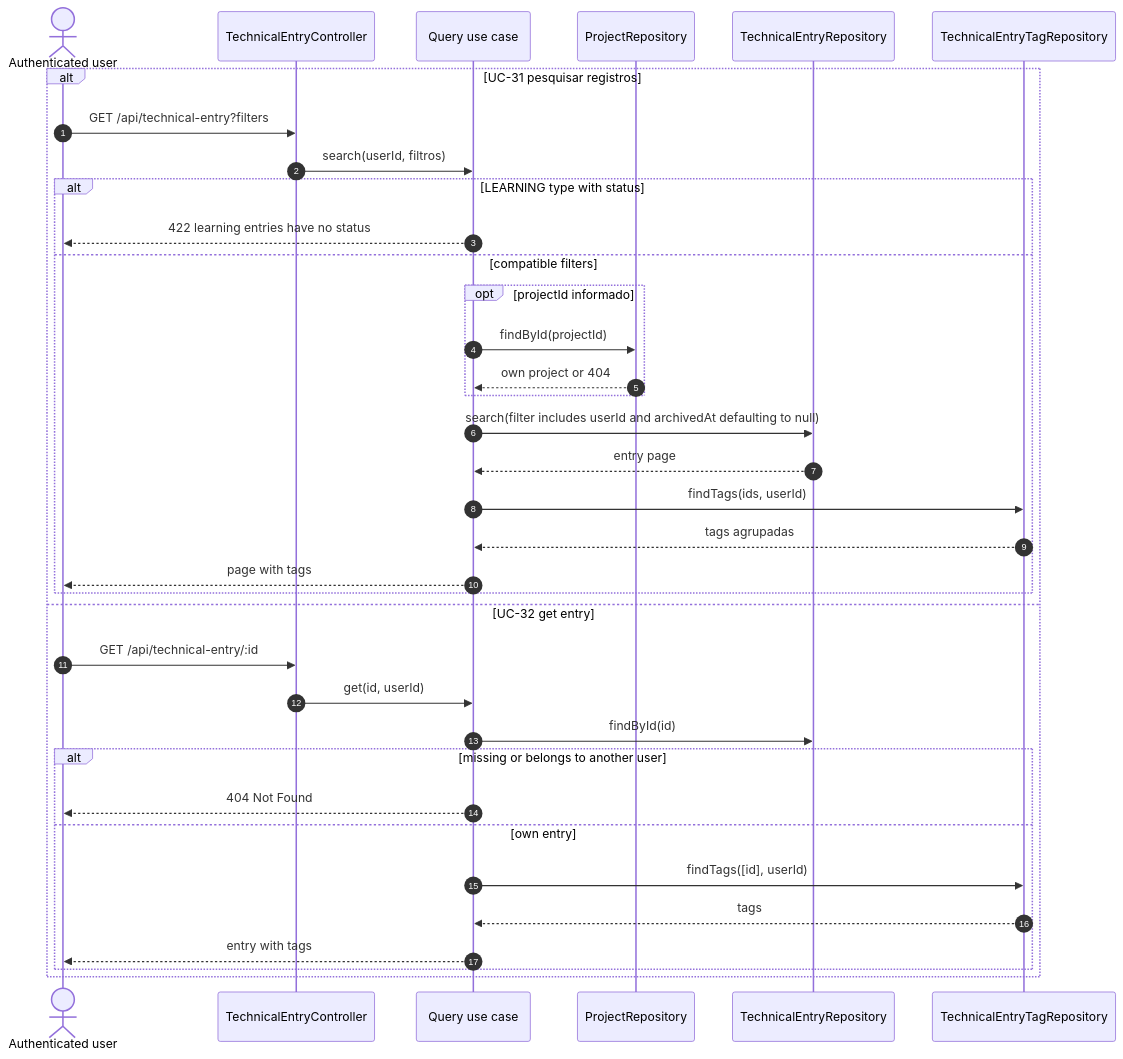
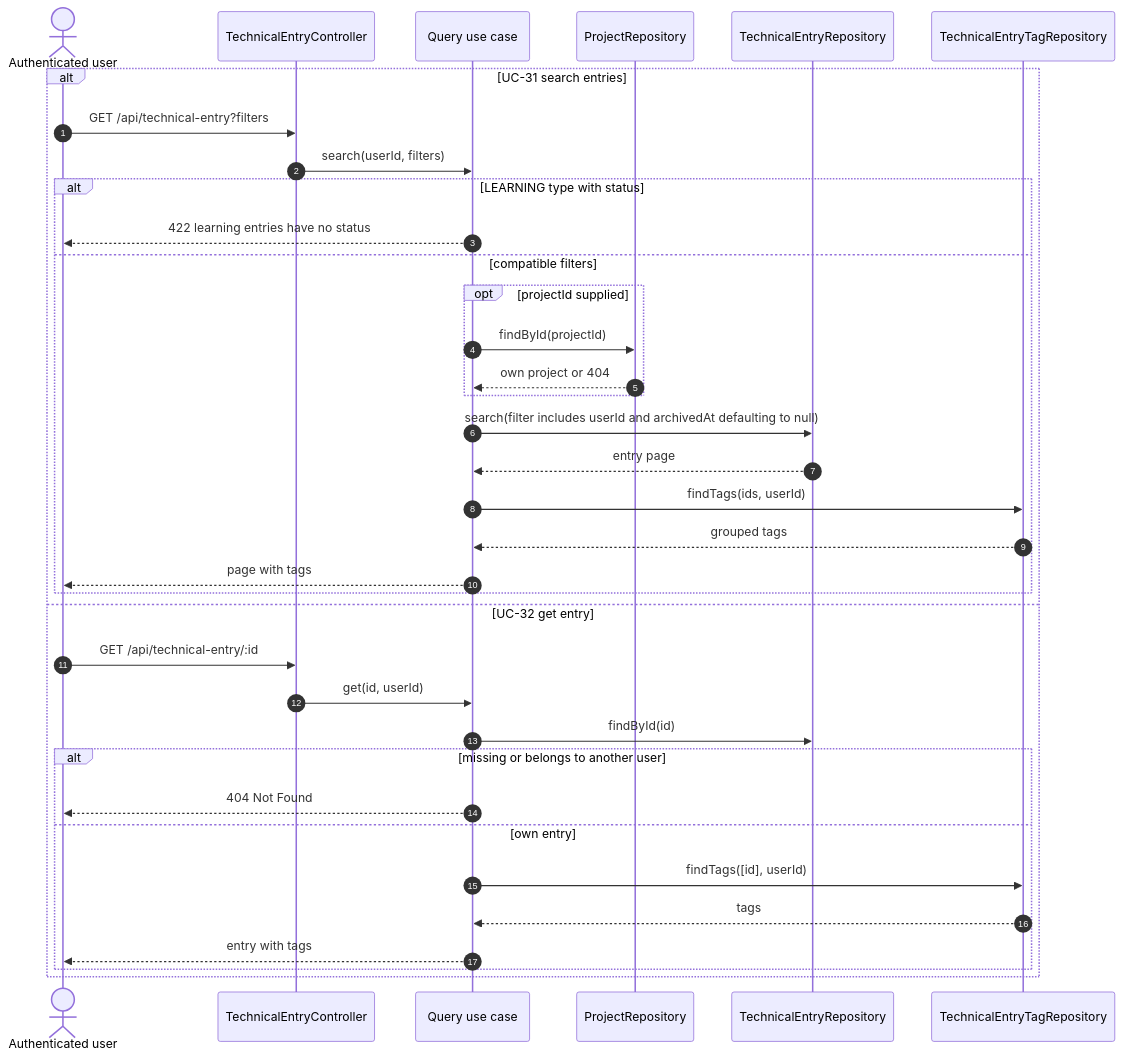
Before and after one commit to Lucalopezz/DevLog: the second of 6 diagrams in docs/diagrams/sequences/technical-entries.md, drawn with Mermaid. The commit also changed other lines of this file and 68 other files, not shown here.

````diff
--- a/docs/diagrams/sequences/technical-entries.md
+++ b/docs/diagrams/sequences/technical-entries.md
@@ -37,39 +37,39 @@
 ```mermaid
 sequenceDiagram
     autonumber
     actor UserActor as Authenticated user
     participant C as TechnicalEntryController
     participant UC as Query use case
     participant PRepo as ProjectRepository
     participant ERepo as TechnicalEntryRepository
     participant LinkRepo as TechnicalEntryTagRepository
 
-    alt UC-31 pesquisar registros
+    alt UC-31 search entries
         UserActor->>C: GET /api/technical-entry?filters
-        C->>UC: search(userId, filtros)
+        C->>UC: search(userId, filters)
         alt LEARNING type with status
             UC-->>UserActor: 422 learning entries have no status
         else compatible filters
-            opt projectId informado
+            opt projectId supplied
                 UC->>PRepo: findById(projectId)
                 PRepo-->>UC: own project or 404
             end
             UC->>ERepo: search(filter includes userId and archivedAt defaulting to null)
             ERepo-->>UC: entry page
             UC->>LinkRepo: findTags(ids, userId)
-            LinkRepo-->>UC: tags agrupadas
+            LinkRepo-->>UC: grouped tags
             UC-->>UserActor: page with tags
         end
     else UC-32 get entry
         UserActor->>C: GET /api/technical-entry/:id
         C->>UC: get(id, userId)
         UC->>ERepo: findById(id)
         alt missing or belongs to another user
             UC-->>UserActor: 404 Not Found
         else own entry
             UC->>LinkRepo: findTags([id], userId)
             LinkRepo-->>UC: tags
             UC-->>UserActor: entry with tags
         end
     end
 ```
````
